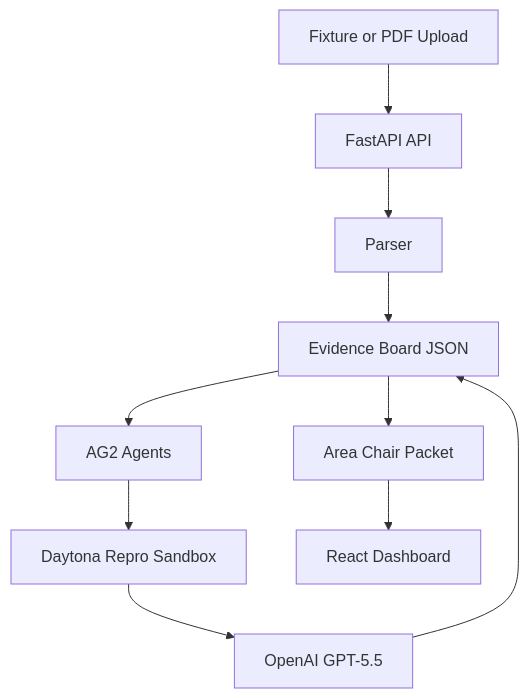
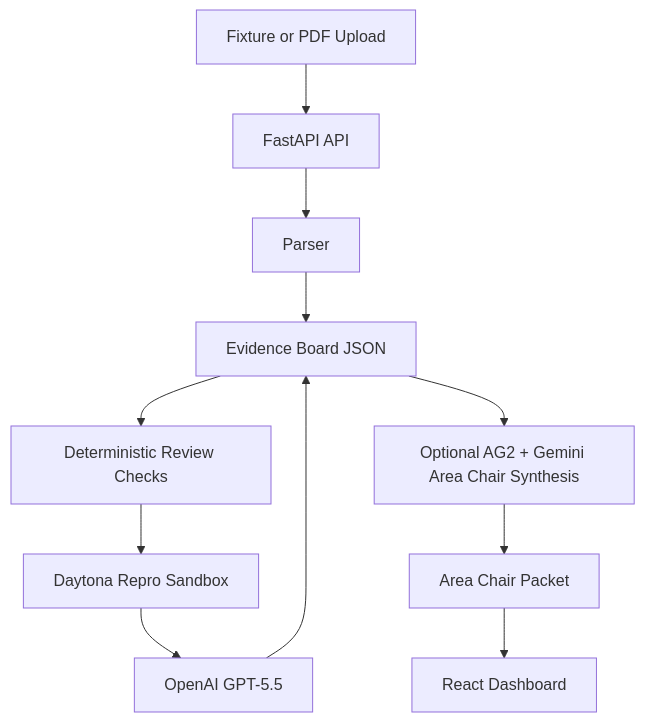
Before and after one commit to hery-2006/RefereeOS: the diagram in docs/architecture.md, drawn with Mermaid. The commit also changed other lines of this file and 11 other files, not shown here.

````diff
--- a/docs/architecture.md
+++ b/docs/architecture.md
@@ -3,12 +3,13 @@
 ```mermaid
 flowchart TD
     A[Fixture or PDF Upload] --> B[FastAPI API]
     B --> C[Parser]
     C --> D[Evidence Board JSON]
-    D --> E[AG2 Agents]
+    D --> E[Deterministic Review Checks]
     E --> F[Daytona Repro Sandbox]
     F --> G[OpenAI GPT-5.5]
     G --> D
-    D --> H[Area Chair Packet]
-    H --> I[React Dashboard]
+    D --> H[Optional AG2 + Gemini Area Chair Synthesis]
+    H --> I[Area Chair Packet]
+    I --> J[React Dashboard]
 ```
````
